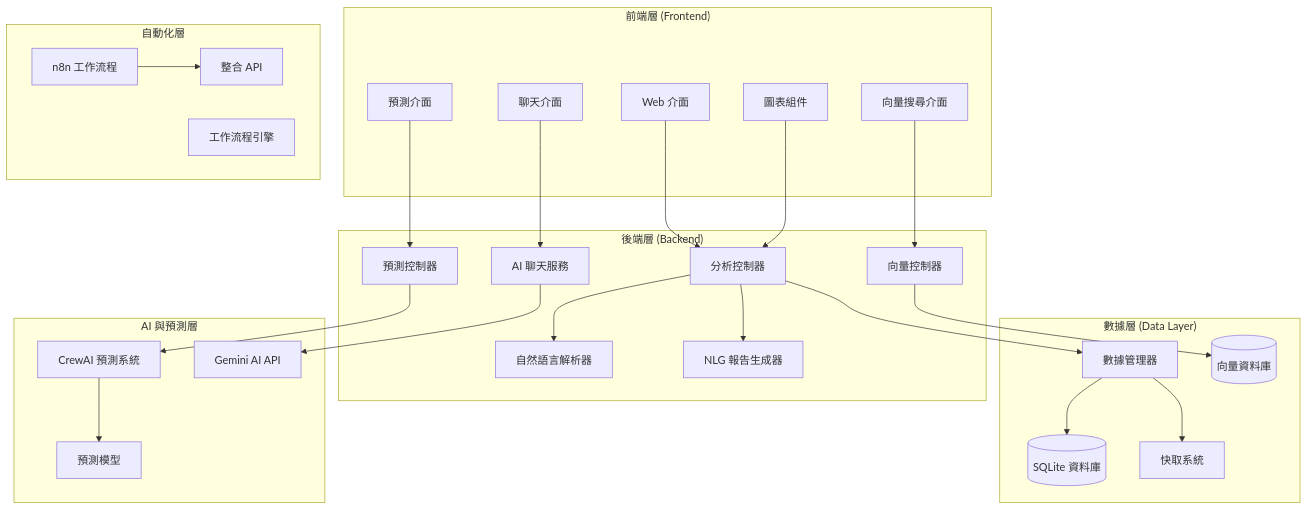
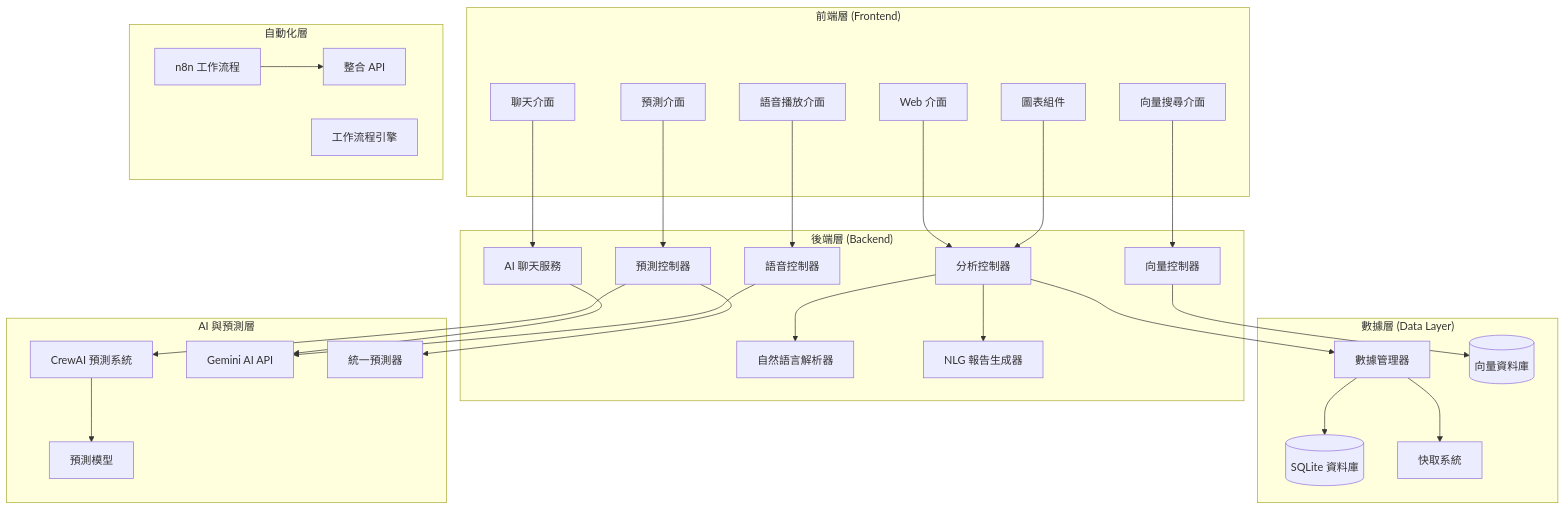
One commit to hantecken/MyAI changed the first of 15 diagrams in 系統分析規劃書.md. Above: the diagram before and after it, drawn with Mermaid. The commit also changed other lines of this file and 34 other files, not shown here.

````diff
--- a/系統分析規劃書.md
+++ b/系統分析規劃書.md
@@ -30,54 +30,60 @@
 ```mermaid
 graph TB
     subgraph "前端層 (Frontend)"
         UI[Web 介面]
         Chart[圖表組件]
         Chat[聊天介面]
         Forecast[預測介面]
         Vector[向量搜尋介面]
+        Voice[語音播放介面]
     end
     
     subgraph "後端層 (Backend)"
         Controller[分析控制器]
         Parser[自然語言解析器]
         NLG[NLG 報告生成器]
         AI[AI 聊天服務]
         ForecastController[預測控制器]
         VectorController[向量控制器]
+        VoiceController[語音控制器]
     end
     
     subgraph "數據層 (Data Layer)"
         DM[數據管理器]
         DB[(SQLite 資料庫)]
         Cache[快取系統]
         VectorDB[(向量資料庫)]
     end
     
     subgraph "AI 與預測層"
         CrewAI[CrewAI 預測系統]
         Gemini[Gemini AI API]
         ForecastModels[預測模型]
+        UnifiedForecaster[統一預測器]
     end
     
     subgraph "自動化層"
         N8N[n8n 工作流程]
         WorkflowEngine[工作流程引擎]
         IntegrationAPI[整合 API]
     end
     
     UI --> Controller
     Chart --> Controller
     Chat --> AI
     Forecast --> ForecastController
     Vector --> VectorController
+    Voice --> VoiceController
     Controller --> Parser
     Controller --> DM
     Controller --> NLG
     AI --> Gemini
     ForecastController --> CrewAI
+    ForecastController --> UnifiedForecaster
     VectorController --> VectorDB
+    VoiceController --> Gemini
     CrewAI --> ForecastModels
     N8N --> IntegrationAPI
     DM --> DB
     DM --> Cache
 ```
````
